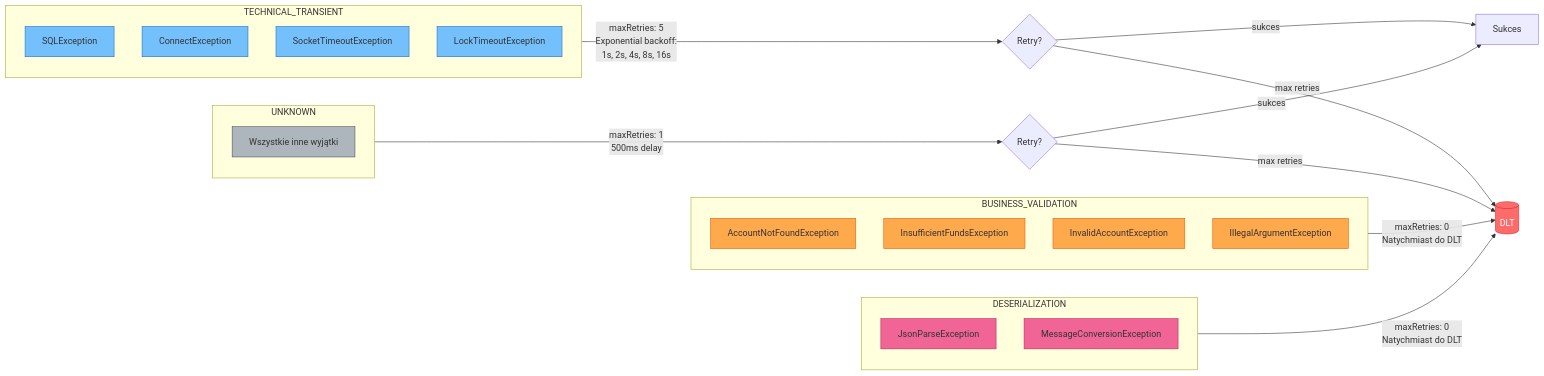
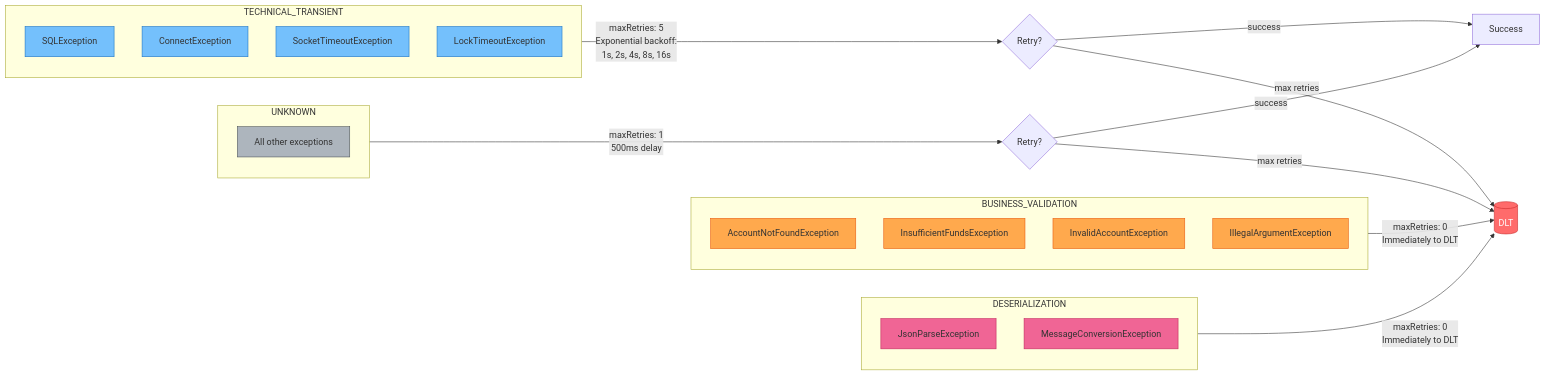
One commit to kmpol/banking-sysyem-kafka changed the second of 5 diagrams in docs/error-dlt-flow.md. Above: the diagram before and after it, drawn with Mermaid. The commit also changed other lines of this file and 1 other file, not shown here.

First line of the commit message:
Translate flow diagrams to English

````diff
--- a/docs/error-dlt-flow.md
+++ b/docs/error-dlt-flow.md
@@ -99,46 +99,46 @@
 ```mermaid
 flowchart LR
     subgraph BusinessValidation["BUSINESS_VALIDATION"]
         B1[AccountNotFoundException]
         B2[InsufficientFundsException]
         B3[InvalidAccountException]
         B4[IllegalArgumentException]
     end
 
     subgraph TechnicalTransient["TECHNICAL_TRANSIENT"]
         T1[SQLException]
         T2[ConnectException]
         T3[SocketTimeoutException]
         T4[LockTimeoutException]
     end
 
     subgraph Deserialization["DESERIALIZATION"]
         D1[JsonParseException]
         D2[MessageConversionException]
     end
 
     subgraph Unknown["UNKNOWN"]
-        U1[Wszystkie inne wyjątki]
+        U1[All other exceptions]
     end
 
-    BusinessValidation -->|maxRetries: 0<br/>Natychmiast do DLT| DLT[(DLT)]
+    BusinessValidation -->|maxRetries: 0<br/>Immediately to DLT| DLT[(DLT)]
     TechnicalTransient -->|maxRetries: 5<br/>Exponential backoff:<br/>1s, 2s, 4s, 8s, 16s| RETRY{Retry?}
-    RETRY -->|sukces| OK[Sukces]
+    RETRY -->|success| OK[Success]
     RETRY -->|max retries| DLT
-    Deserialization -->|maxRetries: 0<br/>Natychmiast do DLT| DLT
+    Deserialization -->|maxRetries: 0<br/>Immediately to DLT| DLT
     Unknown -->|maxRetries: 1<br/>500ms delay| RETRY2{Retry?}
-    RETRY2 -->|sukces| OK
+    RETRY2 -->|success| OK
     RETRY2 -->|max retries| DLT
 
     classDef business fill:#ffa94d,stroke:#e8590c
     classDef technical fill:#74c0fc,stroke:#1971c2
     classDef deser fill:#f06595,stroke:#c2255c
     classDef unknown fill:#adb5bd,stroke:#495057
     classDef dlt fill:#ff6b6b,stroke:#c92a2a,color:#fff
 
     class B1,B2,B3,B4 business
     class T1,T2,T3,T4 technical
     class D1,D2 deser
     class U1 unknown
     class DLT dlt
 ```
````
